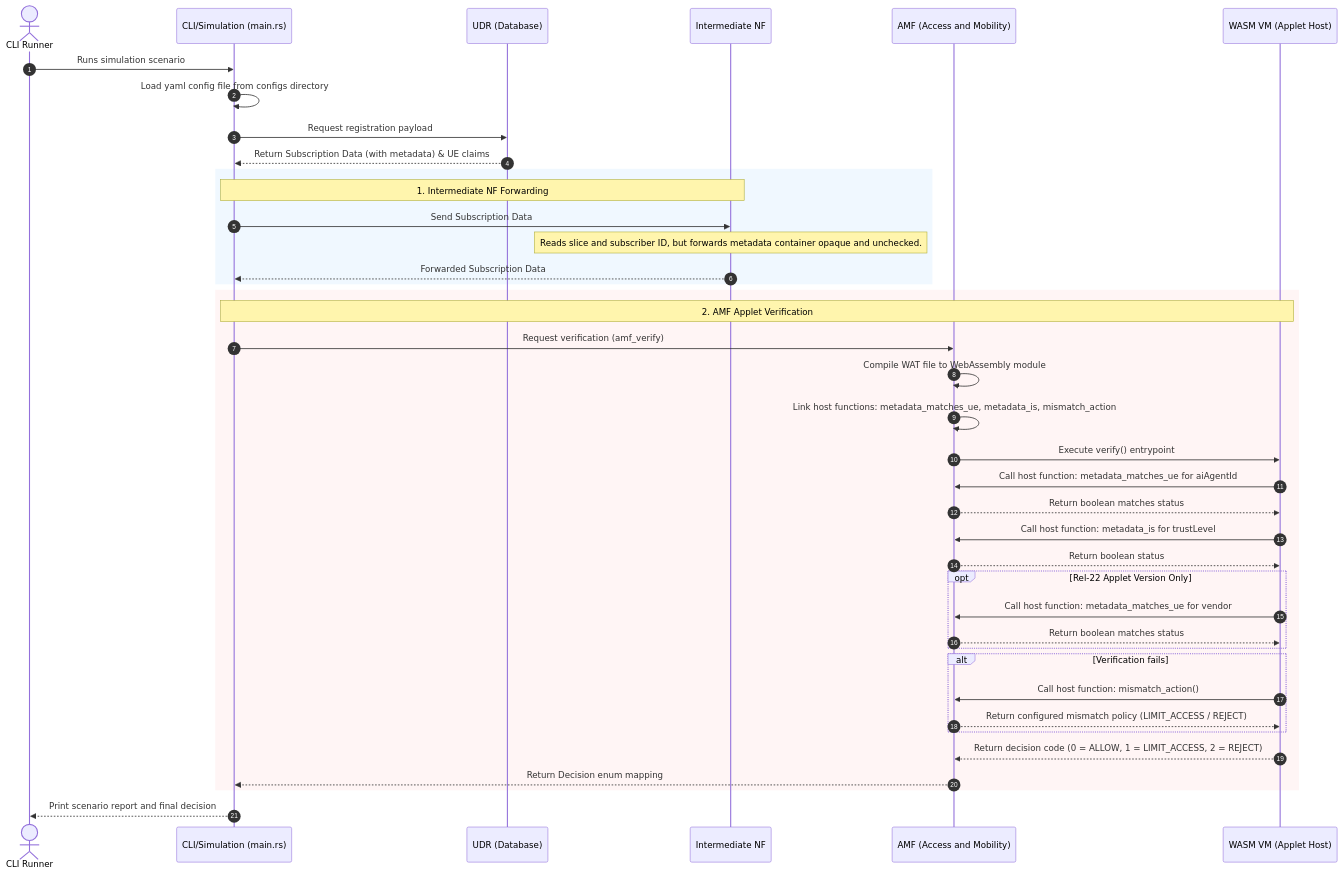
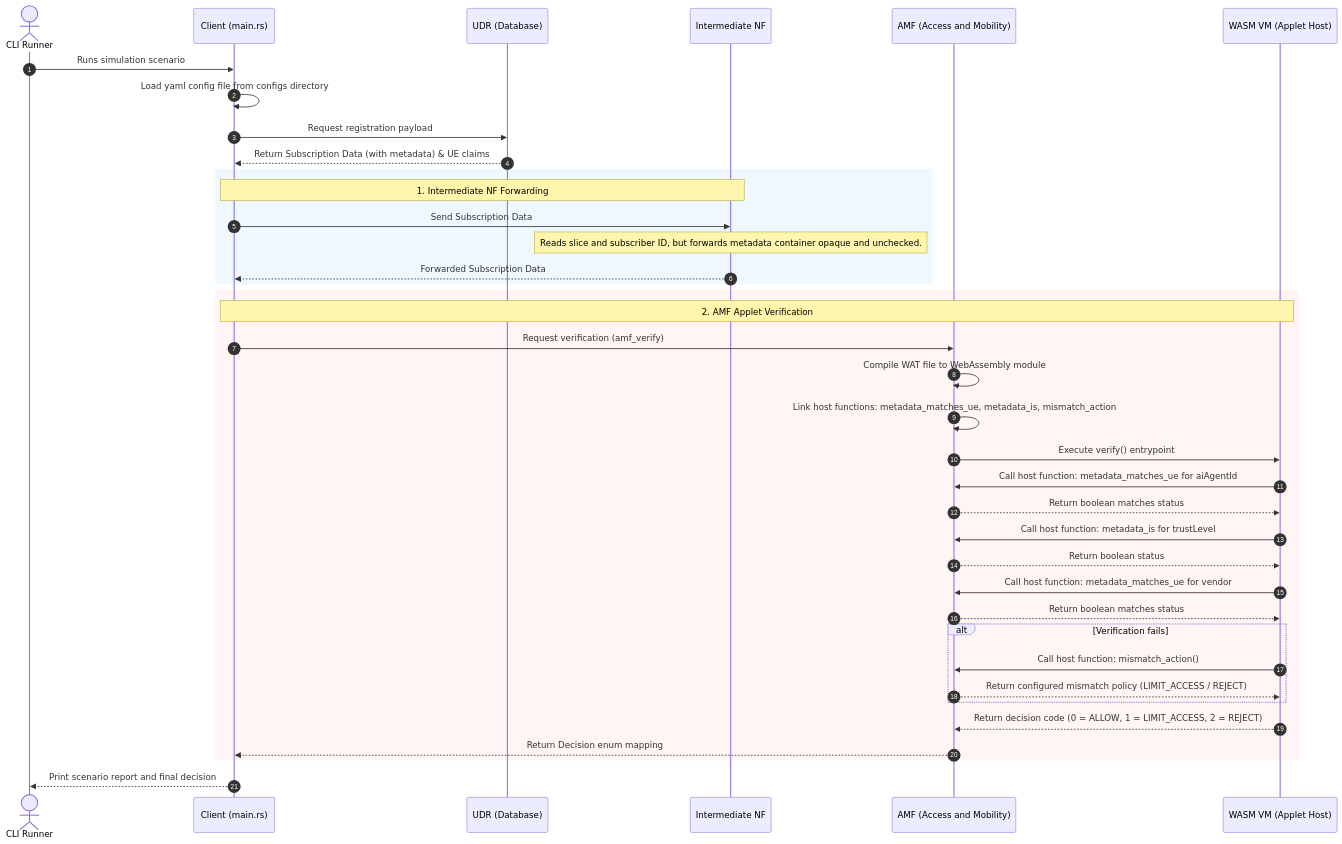
Before and after one commit to acore2026/programmable-para: the diagram in README.md, drawn with Mermaid. The commit also changed other lines of this file and 5 other files, not shown here.

````diff
--- a/README.md
+++ b/README.md
@@ -62,51 +44,49 @@
 ```mermaid
 sequenceDiagram
     autonumber
     actor User as CLI Runner
-    participant Main as CLI/Simulation (main.rs)
+    participant Main as Client (main.rs)
     participant UDR as UDR (Database)
     participant INF as Intermediate NF
     participant AMF as AMF (Access and Mobility)
     participant WASM as WASM VM (Applet Host)
 
     User->>Main: Runs simulation scenario
     Main->>Main: Load yaml config file from configs directory
     Main->>UDR: Request registration payload
     UDR-->>Main: Return Subscription Data (with metadata) & UE claims
 
     rect rgb(240, 248, 255)
     Note over Main, INF: 1. Intermediate NF Forwarding
     Main->>INF: Send Subscription Data
     Note over INF: Reads slice and subscriber ID, but forwards metadata container opaque and unchecked.
     INF-->>Main: Forwarded Subscription Data
     end
 
     rect rgb(255, 245, 245)
     Note over Main, WASM: 2. AMF Applet Verification
     Main->>AMF: Request verification (amf_verify)
     AMF->>AMF: Compile WAT file to WebAssembly module
     AMF->>AMF: Link host functions: metadata_matches_ue, metadata_is, mismatch_action
     AMF->>WASM: Execute verify() entrypoint
     
     WASM->>AMF: Call host function: metadata_matches_ue for aiAgentId
     AMF-->>WASM: Return boolean matches status
     
     WASM->>AMF: Call host function: metadata_is for trustLevel
     AMF-->>WASM: Return boolean status
 
-    opt Rel-22 Applet Version Only
-        WASM->>AMF: Call host function: metadata_matches_ue for vendor
-        AMF-->>WASM: Return boolean matches status
-    end
+    WASM->>AMF: Call host function: metadata_matches_ue for vendor
+    AMF-->>WASM: Return boolean matches status
 
     alt Verification fails
         WASM->>AMF: Call host function: mismatch_action()
         AMF-->>WASM: Return configured mismatch policy (LIMIT_ACCESS / REJECT)
     end
 
     WASM-->>AMF: Return decision code (0 = ALLOW, 1 = LIMIT_ACCESS, 2 = REJECT)
     AMF-->>Main: Return Decision enum mapping
     end
 
     Main-->>User: Print scenario report and final decision
 ```
````
